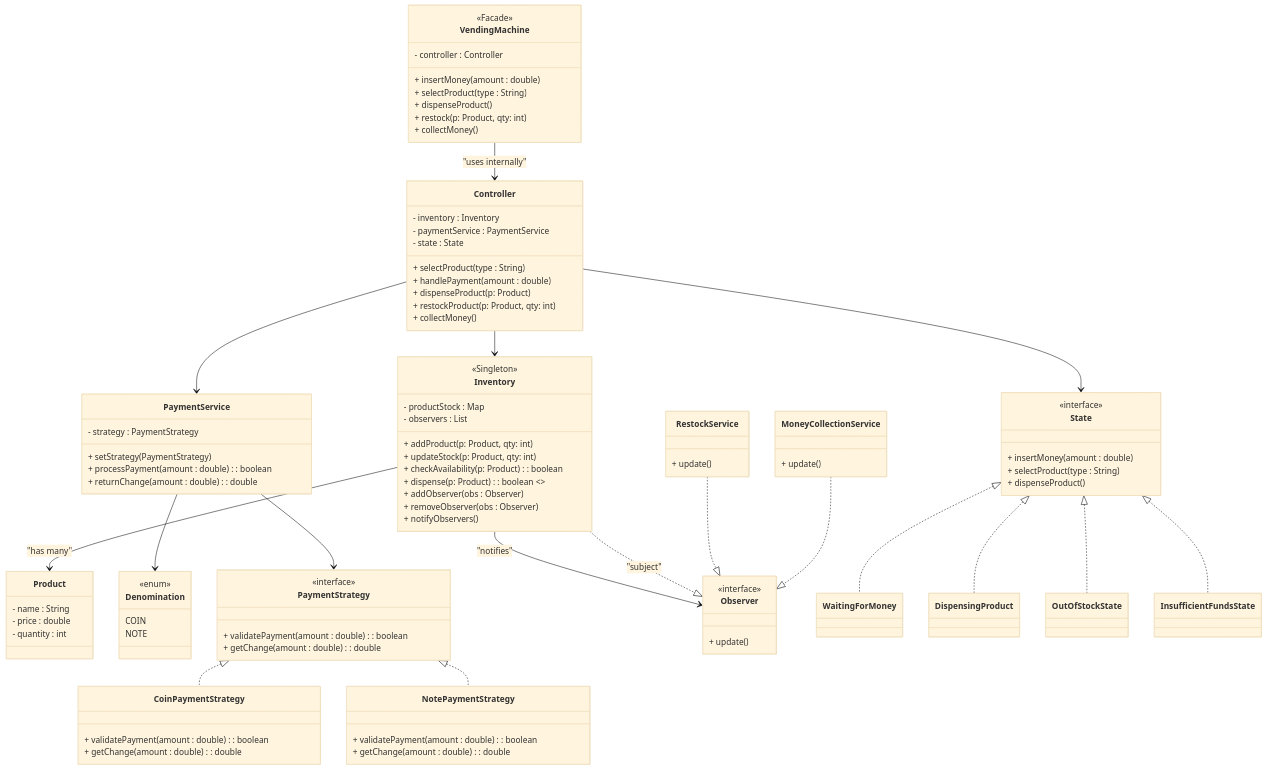
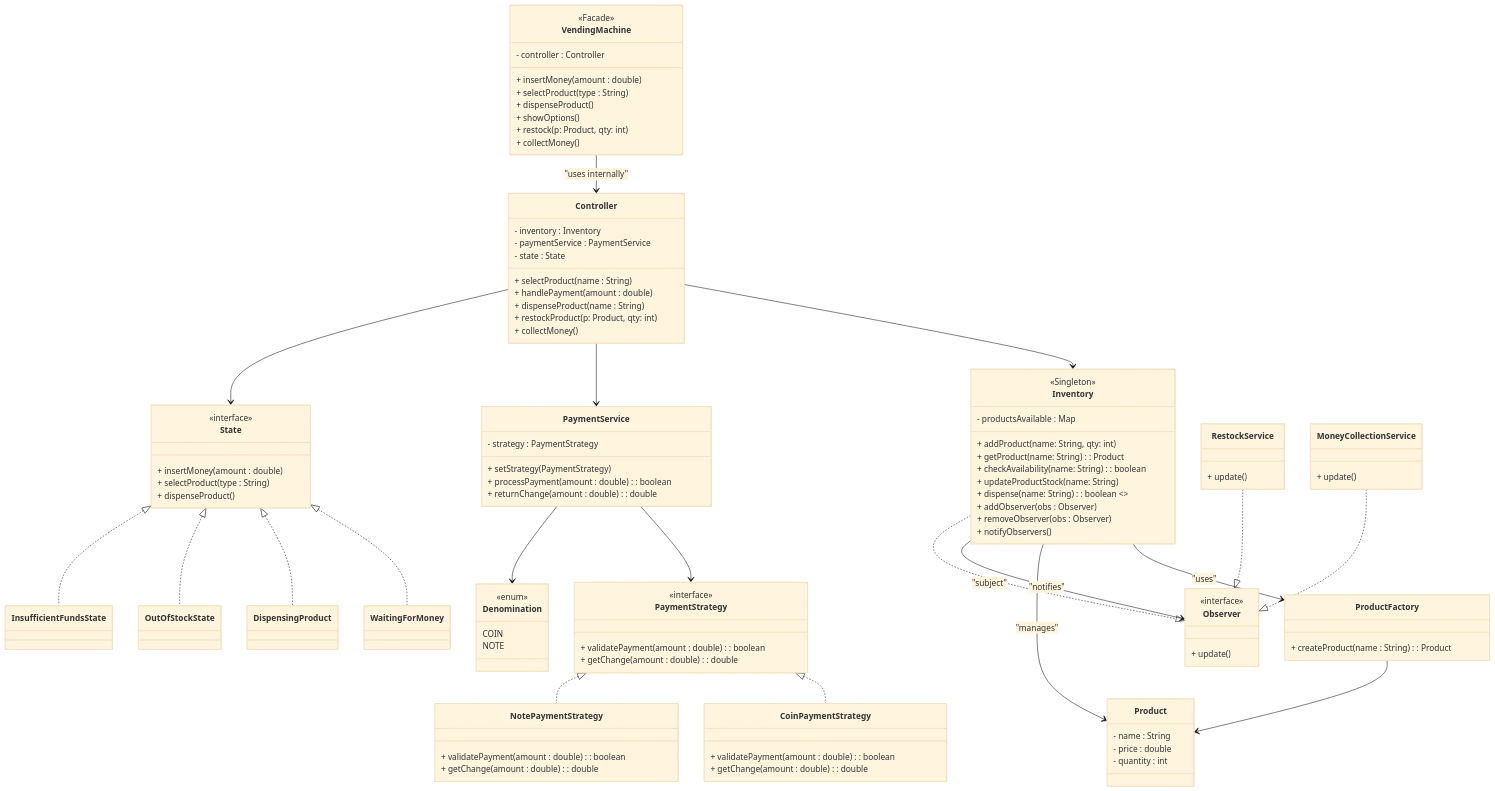
The diagram in code/src/vendingMachine/vendingMachine.md (divyadhimaan/lld-playground), drawn with Mermaid (base theme) before and after one commit. The commit also changed other lines of this file and 4 other files, not shown here.

```diff
--- a/code/src/vendingMachine/vendingMachine.md
+++ b/code/src/vendingMachine/vendingMachine.md
@@ -51,6 +51,14 @@
         - price : double
         - quantity : int
     }
+
+%% === Product Factory ===
+  class ProductFactory {
+    + createProduct(name : String) : Product
+  }
+
+  ProductFactory --> Product
+
 
 %% === Payment & Strategies ===
     class Denomination {
@@ -91,18 +99,19 @@
 %% === Inventory (Singleton + Thread Safe) ===
     class Inventory {
         <<Singleton>>
-        - productStock : Map<Product, Integer>
-        - observers : List<Observer>
-        + addProduct(p: Product, qty: int)
-        + updateStock(p: Product, qty: int)
-        + checkAvailability(p: Product) : boolean
-        + dispense(p: Product) : boolean <<synchronized>>
+        - productsAvailable : Map<String, Product>
+        + addProduct(name: String, qty: int)
+        + getProduct(name: String) : Product
+        + checkAvailability(name: String) : boolean
+        + updateProductStock(name: String)
+        + dispense(name: String) : boolean <<synchronized>>
         + addObserver(obs : Observer)
         + removeObserver(obs : Observer)
         + notifyObservers()
     }
 
-    Inventory --> Product : "has many"
+    Inventory --> ProductFactory : "uses"
+    Inventory --> Product : "manages"
     Inventory --> Observer : "notifies"
 
 %% === Controller (Internal) ===
@@ -110,9 +119,9 @@
         - inventory : Inventory
         - paymentService : PaymentService
         - state : State
-        + selectProduct(type : String)
+        + selectProduct(name : String)
         + handlePayment(amount : double)
-        + dispenseProduct(p: Product)
+        + dispenseProduct(name : String)
         + restockProduct(p: Product, qty: int)
         + collectMoney()
     }
@@ -128,6 +137,7 @@
         + insertMoney(amount : double)
         + selectProduct(type : String)
         + dispenseProduct()
+        + showOptions()
         + restock(p: Product, qty: int)
         + collectMoney()
     }
```
